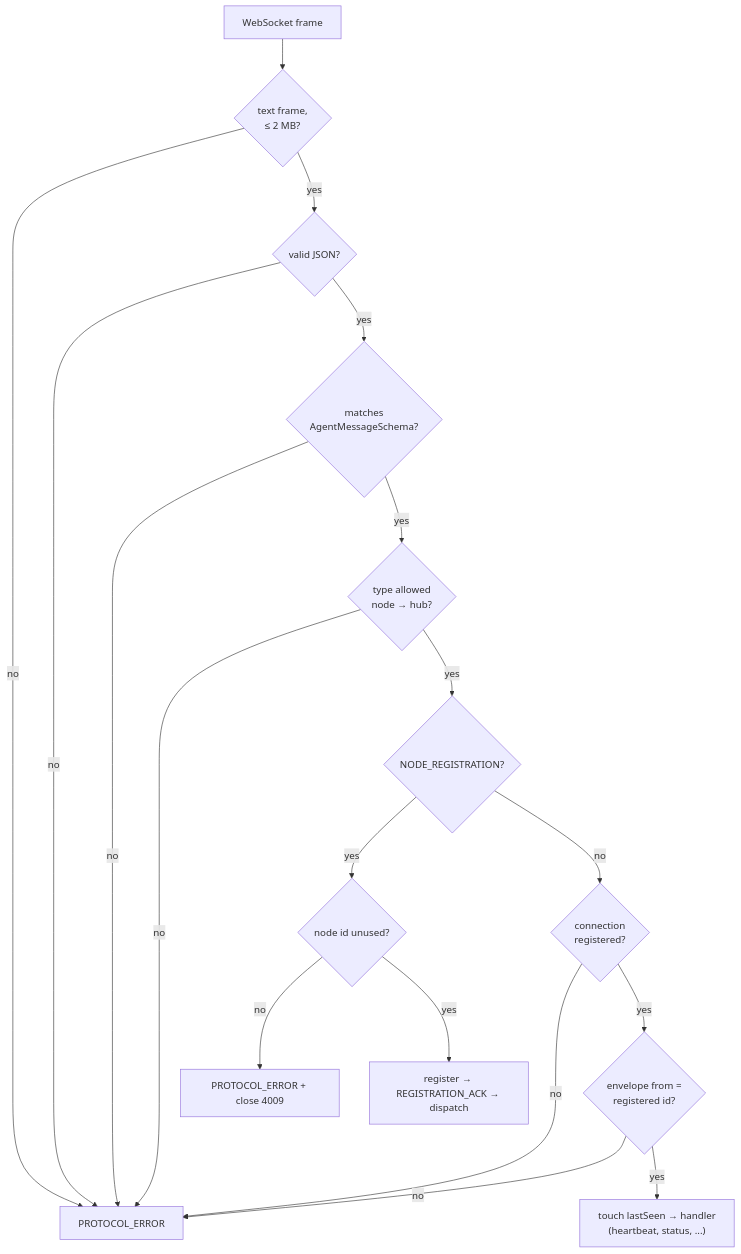
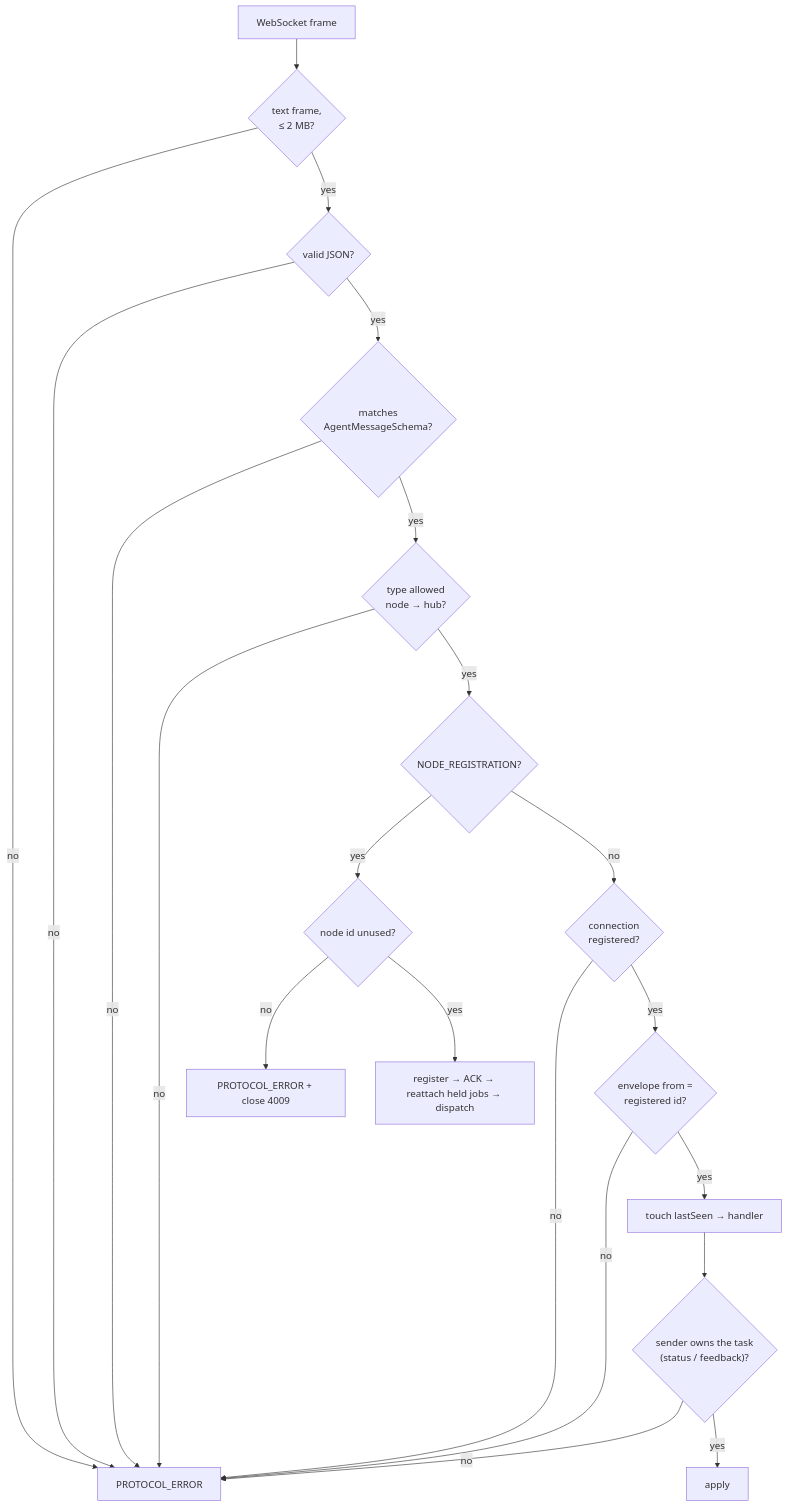
One commit to Sys64k/ai-swarm-orchestrator changed the third of 10 diagrams in ARCHITECTURE.md. Above: the diagram before and after it, drawn with Mermaid. The commit also changed other lines of this file and 24 other files, not shown here.

````diff
--- a/ARCHITECTURE.md
+++ b/ARCHITECTURE.md
@@ -155,20 +176,23 @@
 ```mermaid
 flowchart TD
   F["WebSocket frame"] --> B{"text frame,<br/>≤ 2 MB?"}
   B -- no --> E["PROTOCOL_ERROR"]
   B -- yes --> J{"valid JSON?"}
   J -- no --> E
   J -- yes --> S{"matches<br/>AgentMessageSchema?"}
   S -- no --> E
   S -- yes --> D{"type allowed<br/>node → hub?"}
   D -- no --> E
   D -- yes --> R{"NODE_REGISTRATION?"}
   R -- yes --> U{"node id unused?"}
   U -- no --> EC["PROTOCOL_ERROR + close 4009"]
-  U -- yes --> REG["register → REGISTRATION_ACK → dispatch"]
+  U -- yes --> REG["register → ACK → reattach held jobs → dispatch"]
   R -- no --> REGD{"connection<br/>registered?"}
   REGD -- no --> E
   REGD -- yes --> ID{"envelope from =<br/>registered id?"}
   ID -- no --> E
-  ID -- yes --> H["touch lastSeen → handler<br/>(heartbeat, status, ...)"]
+  ID -- yes --> H["touch lastSeen → handler"]
+  H --> OWN{"sender owns the task<br/>(status / feedback)?"}
+  OWN -- no --> E
+  OWN -- yes --> OK["apply"]
 ```
````
